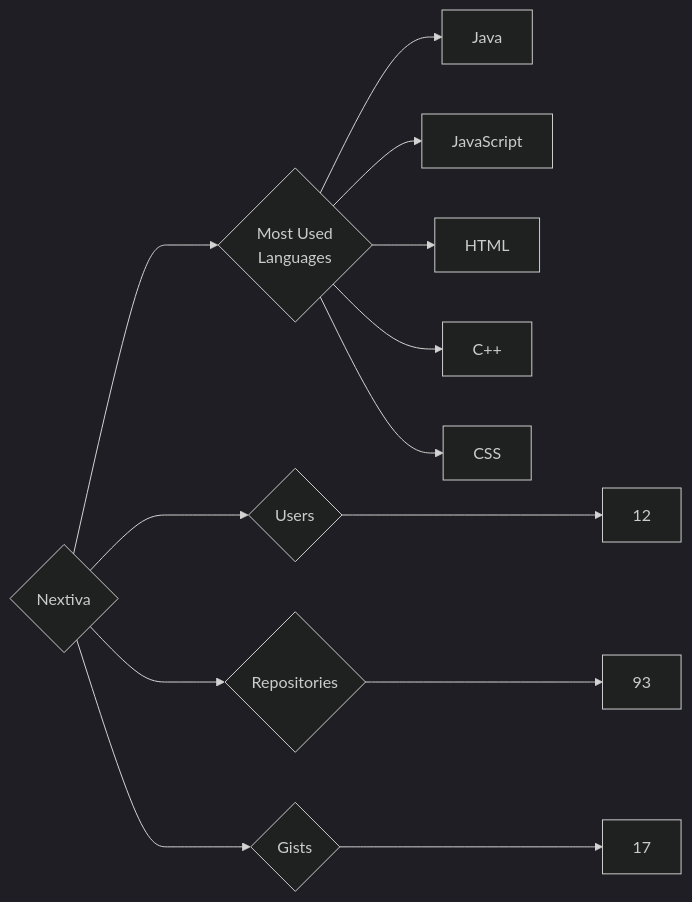
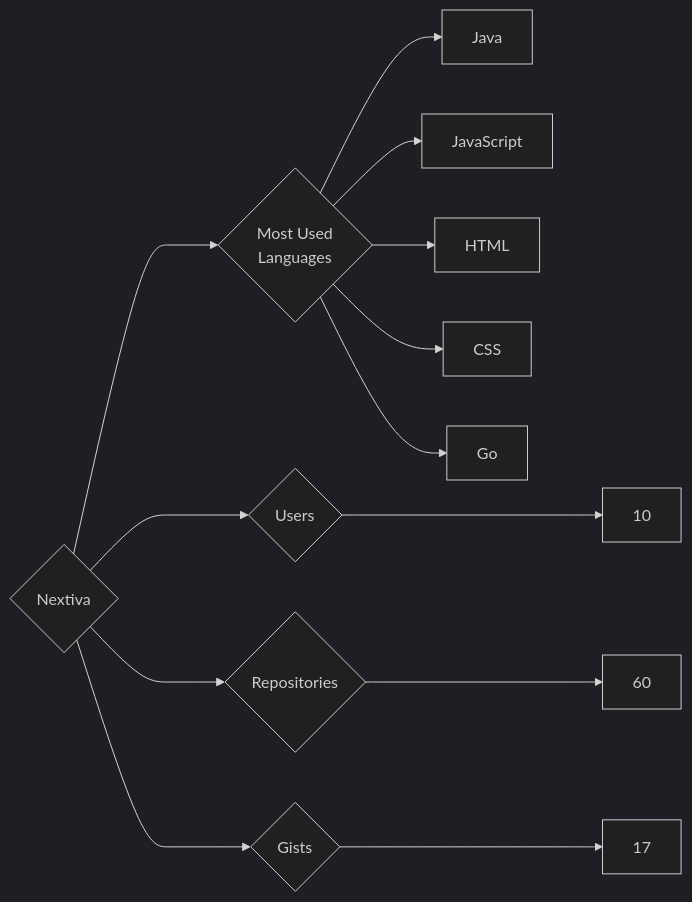
One commit to trickest/insiders changed the diagram in targets/Nextiva/README.md. Above: the diagram before and after it, drawn with Mermaid (dark theme). The commit also changed 1479 other files, not shown here.

````diff
--- a/targets/Nextiva/README.md
+++ b/targets/Nextiva/README.md
@@ -3,13 +3,13 @@
 ```mermaid
 graph LR
 COMPANY_NAME{Nextiva}
-COMPANY_NAME ---> U{Users} ---> UN[12]
-COMPANY_NAME ---> R{Repositories} ---> RN[93]
+COMPANY_NAME ---> U{Users} ---> UN[10]
+COMPANY_NAME ---> R{Repositories} ---> RN[60]
 COMPANY_NAME ---> G{Gists} ---> GN[17]
 COMPANY_NAME ---> ML{Most Used<br>Languages}
 ML --> Java[Java]
 ML --> JavaScript[JavaScript]
 ML --> HTML[HTML]
-ML --> C++[C++]
 ML --> CSS[CSS]
+ML --> Go[Go]
 ```
````
